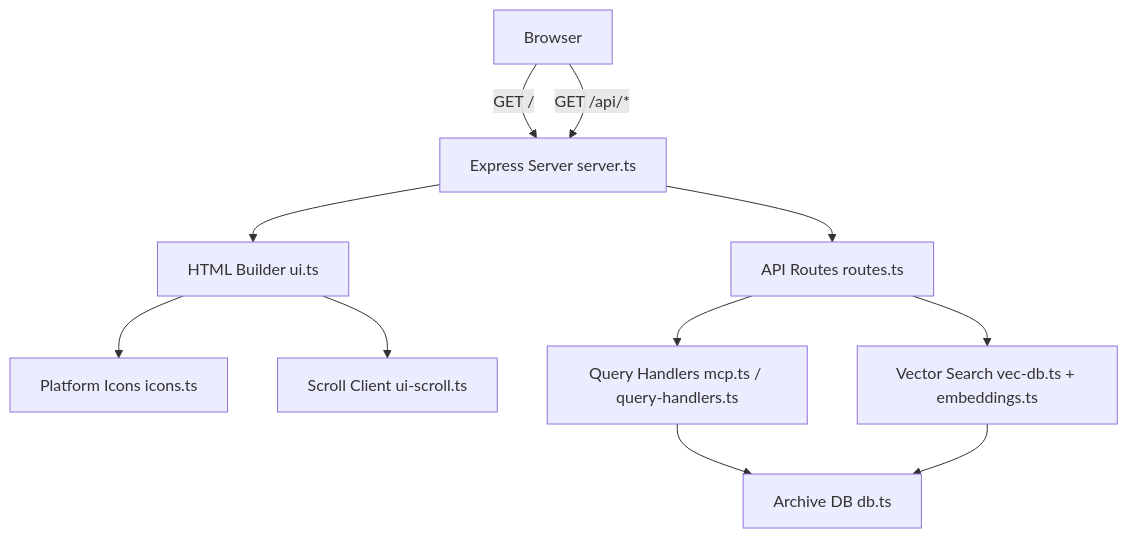
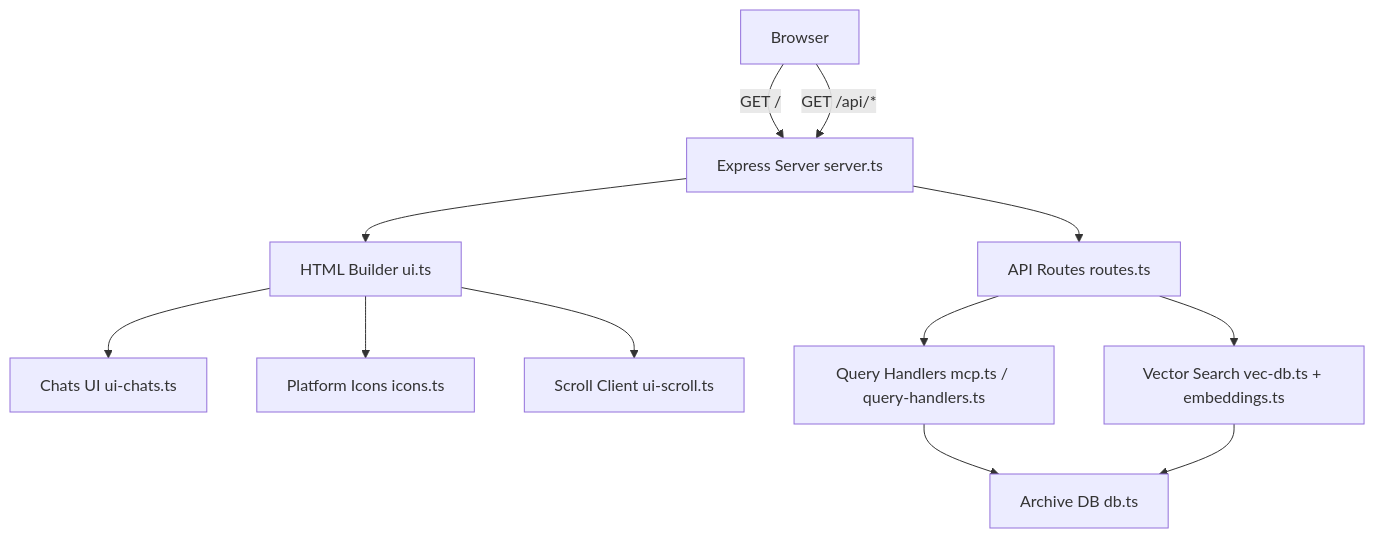
Before and after one commit to yanicklandry/khipuchat: the first of 3 diagrams in .kiro/specs/web-ui/design.md, drawn with Mermaid. The commit also changed other lines of this file and 4 other files, not shown here.

````diff
--- a/.kiro/specs/web-ui/design.md
+++ b/.kiro/specs/web-ui/design.md
@@ -68,23 +68,25 @@
 ```mermaid
 graph TB
     Browser[Browser]
     Server[Express Server server.ts]
     Routes[API Routes routes.ts]
     UI[HTML Builder ui.ts]
+    Chats[Chats UI ui-chats.ts]
     Icons[Platform Icons icons.ts]
     Scroll[Scroll Client ui-scroll.ts]
     Handlers[Query Handlers mcp.ts / query-handlers.ts]
     Vec[Vector Search vec-db.ts + embeddings.ts]
     DB[Archive DB db.ts]
 
     Browser -->|GET /| Server
     Browser -->|GET /api/*| Server
     Server --> UI
     Server --> Routes
+    UI --> Chats
     UI --> Icons
     UI --> Scroll
     Routes --> Handlers
     Routes --> Vec
     Handlers --> DB
     Vec --> DB
 ```
````
